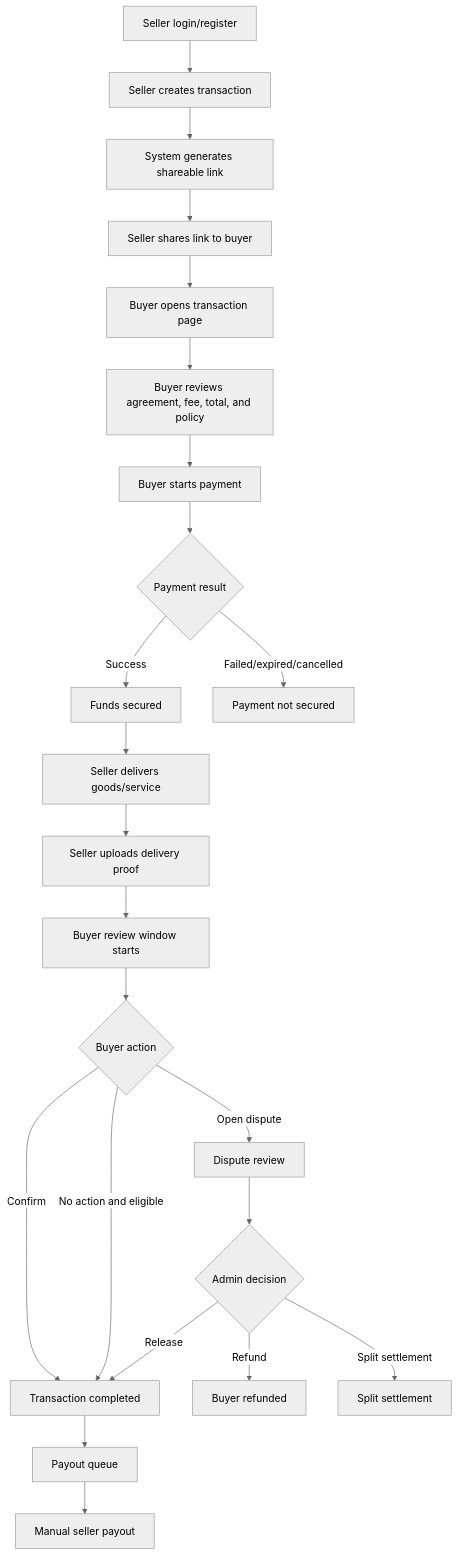
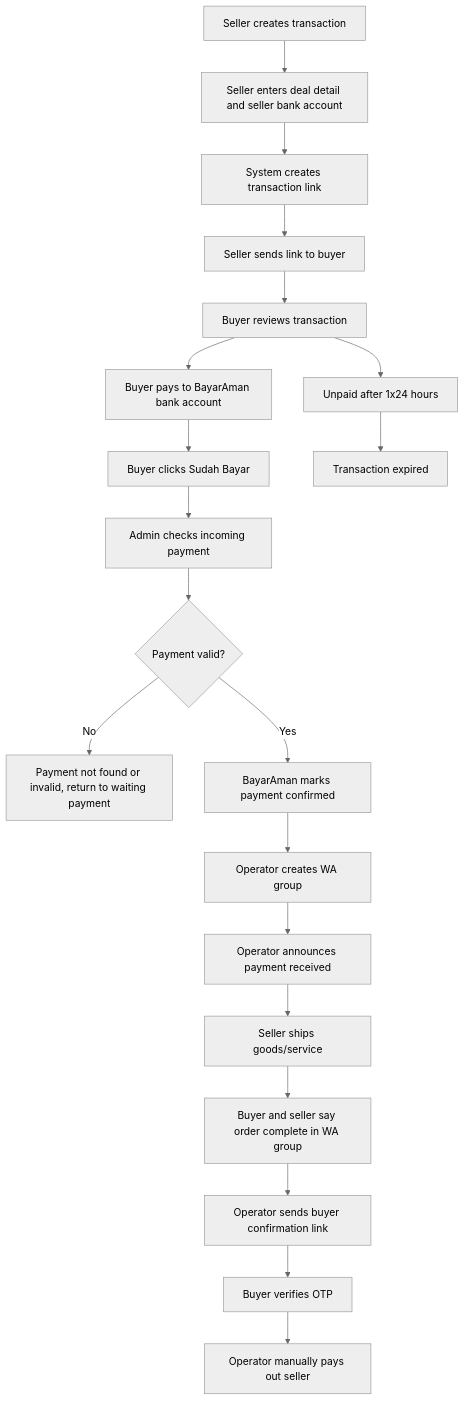
One commit to nunutech40/bayaraman changed the first of 4 diagrams in PRD.md. Above: the diagram before and after it, drawn with Mermaid (neutral theme). The commit also changed other lines of this file and 7 other files, not shown here.

Commit message:
Update manual rekber flow prototype

````diff
--- a/PRD.md
+++ b/PRD.md
@@ -153,25 +131,22 @@
 ```mermaid
 flowchart TD
-  A[Seller login/register] --> B[Seller creates transaction]
-  B --> C[System generates shareable link]
-  C --> D[Seller shares link to buyer]
-  D --> E[Buyer opens transaction page]
-  E --> F[Buyer reviews agreement, fee, total, and policy]
-  F --> G[Buyer starts payment]
-  G --> H{Payment result}
-  H -->|Success| I[Funds secured]
-  H -->|Failed/expired/cancelled| X[Payment not secured]
-  I --> J[Seller delivers goods/service]
-  J --> K[Seller uploads delivery proof]
-  K --> L[Buyer review window starts]
-  L --> M{Buyer action}
-  M -->|Confirm| N[Transaction completed]
-  M -->|No action and eligible| N
-  M -->|Open dispute| O[Dispute review]
-  O --> P{Admin decision}
-  P -->|Release| N
-  P -->|Refund| Q[Buyer refunded]
-  P -->|Split settlement| R[Split settlement]
-  N --> S[Payout queue]
-  S --> T[Manual seller payout]
+  A[Seller creates transaction] --> B[Seller enters deal detail and seller bank account]
+  B --> C[System creates transaction link]
+  C --> D[Seller sends link to buyer]
+  D --> E[Buyer reviews transaction]
+  E --> F[Buyer pays to BayarAman bank account]
+  F --> G[Buyer clicks Sudah Bayar]
+  G --> H[Admin checks incoming payment]
+  H --> I{Payment valid?}
+  I -->|No| J[Payment not found or invalid, return to waiting payment]
+  I -->|Yes| K[BayarAman marks payment confirmed]
+  K --> L[Operator creates WA group]
+  L --> M[Operator announces payment received]
+  M --> N[Seller ships goods/service]
+  N --> O[Buyer and seller say order complete in WA group]
+  O --> P[Operator sends buyer confirmation link]
+  P --> Q[Buyer verifies OTP]
+  Q --> R[Operator manually pays out seller]
+  E --> S[Unpaid after 1x24 hours]
+  S --> T[Transaction expired]
 ```
````
